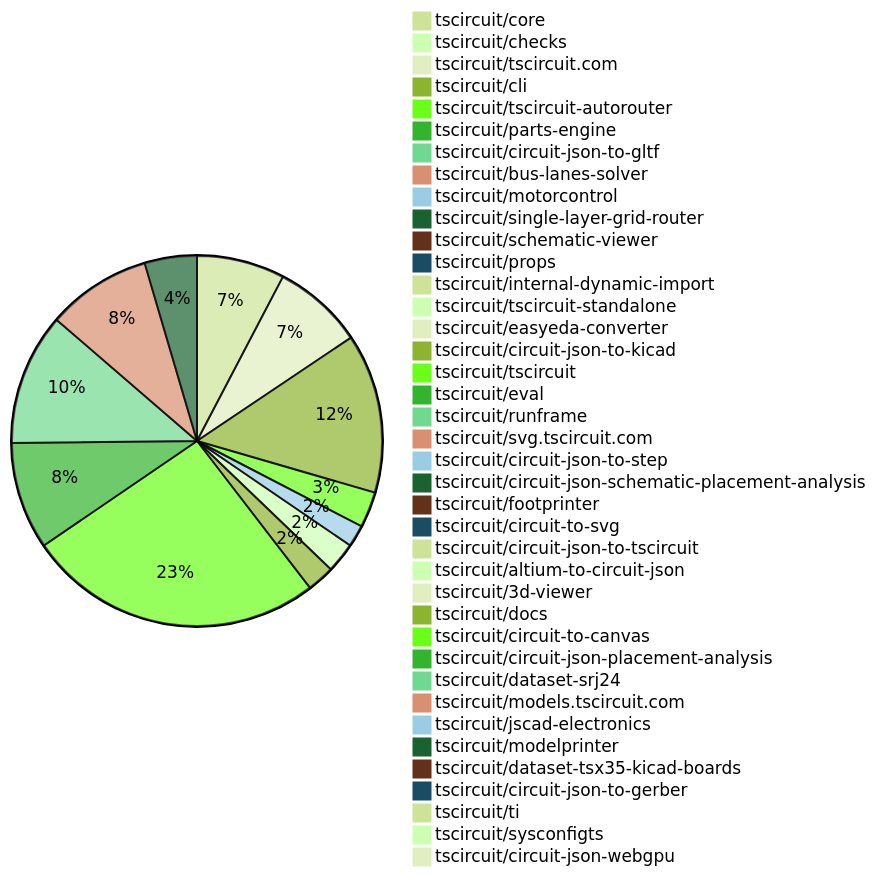
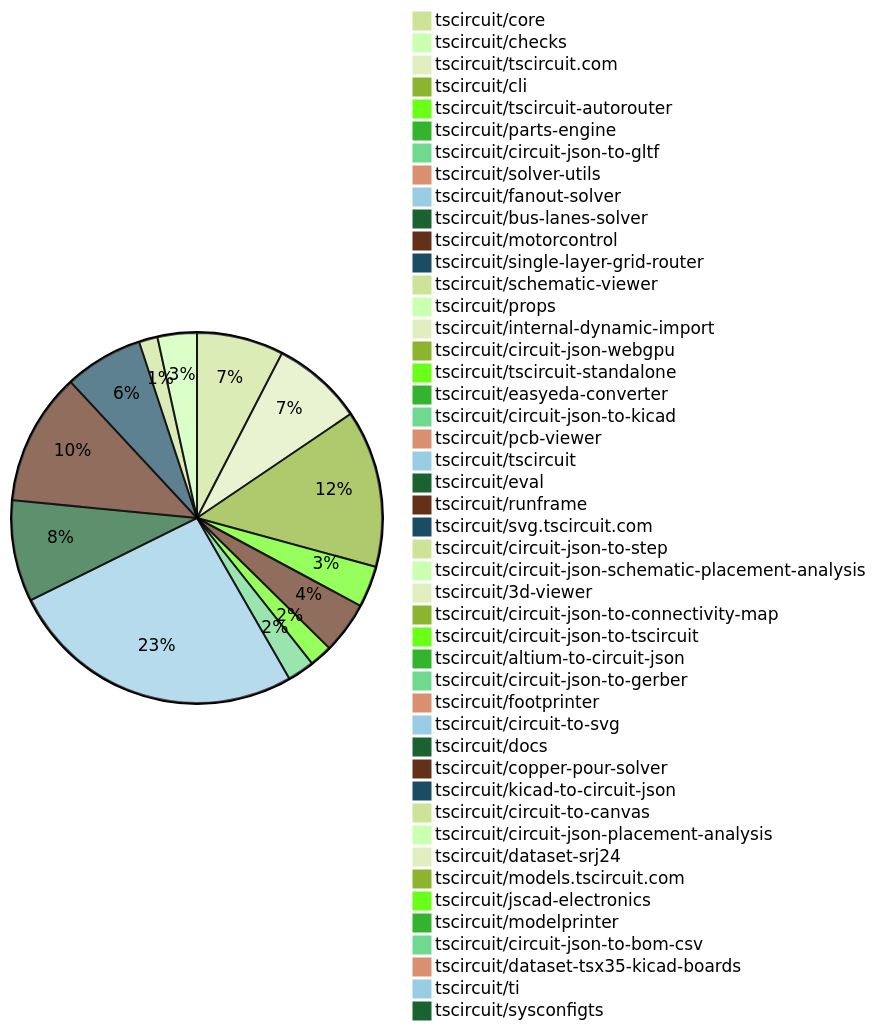
One commit to tscircuit/contribution-tracker changed the diagram in README.md. Above: the diagram before and after it, drawn with Mermaid (forest theme). The commit also changed other lines of this file and 3 other files, not shown here.

````diff
--- a/README.md
+++ b/README.md
@@ -30,42 +30,49 @@
 ```mermaid
 pie
-    "tscircuit/core" : 32
+    "tscircuit/core" : 42
     "tscircuit/checks" : 2
-    "tscircuit/tscircuit.com" : 33
-    "tscircuit/cli" : 58
-    "tscircuit/tscircuit-autorouter" : 13
+    "tscircuit/tscircuit.com" : 44
+    "tscircuit/cli" : 76
+    "tscircuit/tscircuit-autorouter" : 20
     "tscircuit/parts-engine" : 2
     "tscircuit/circuit-json-to-gltf" : 2
-    "tscircuit/bus-lanes-solver" : 1
-    "tscircuit/motorcontrol" : 8
+    "tscircuit/solver-utils" : 2
+    "tscircuit/fanout-solver" : 1
+    "tscircuit/bus-lanes-solver" : 3
+    "tscircuit/motorcontrol" : 25
     "tscircuit/single-layer-grid-router" : 1
     "tscircuit/schematic-viewer" : 1
-    "tscircuit/props" : 1
+    "tscircuit/props" : 3
     "tscircuit/internal-dynamic-import" : 4
+    "tscircuit/circuit-json-webgpu" : 5
     "tscircuit/tscircuit-standalone" : 11
     "tscircuit/easyeda-converter" : 2
-    "tscircuit/circuit-json-to-kicad" : 10
-    "tscircuit/tscircuit" : 108
-    "tscircuit/eval" : 39
-    "tscircuit/runframe" : 48
+    "tscircuit/circuit-json-to-kicad" : 13
+    "tscircuit/pcb-viewer" : 3
+    "tscircuit/tscircuit" : 144
+    "tscircuit/eval" : 49
+    "tscircuit/runframe" : 64
     "tscircuit/svg.tscircuit.com" : 38
-    "tscircuit/circuit-json-to-step" : 3
+    "tscircuit/circuit-json-to-step" : 9
     "tscircuit/circuit-json-schematic-placement-analysis" : 19
-    "tscircuit/footprinter" : 3
-    "tscircuit/circuit-to-svg" : 1
+    "tscircuit/3d-viewer" : 4
+    "tscircuit/circuit-json-to-connectivity-map" : 2
     "tscircuit/circuit-json-to-tscircuit" : 3
     "tscircuit/altium-to-circuit-json" : 1
-    "tscircuit/3d-viewer" : 1
+    "tscircuit/circuit-json-to-gerber" : 1
+    "tscircuit/footprinter" : 3
+    "tscircuit/circuit-to-svg" : 2
     "tscircuit/docs" : 1
+    "tscircuit/copper-pour-solver" : 2
+    "tscircuit/kicad-to-circuit-json" : 1
     "tscircuit/circuit-to-canvas" : 1
     "tscircuit/circuit-json-placement-analysis" : 2
     "tscircuit/dataset-srj24" : 2
     "tscircuit/models.tscircuit.com" : 2
     "tscircuit/jscad-electronics" : 1
     "tscircuit/modelprinter" : 1
+    "tscircuit/circuit-json-to-bom-csv" : 2
     "tscircuit/dataset-tsx35-kicad-boards" : 4
-    "tscircuit/circuit-json-to-gerber" : 1
     "tscircuit/ti" : 3
     "tscircuit/sysconfigts" : 1
-    "tscircuit/circuit-json-webgpu" : 1
 ```
````
